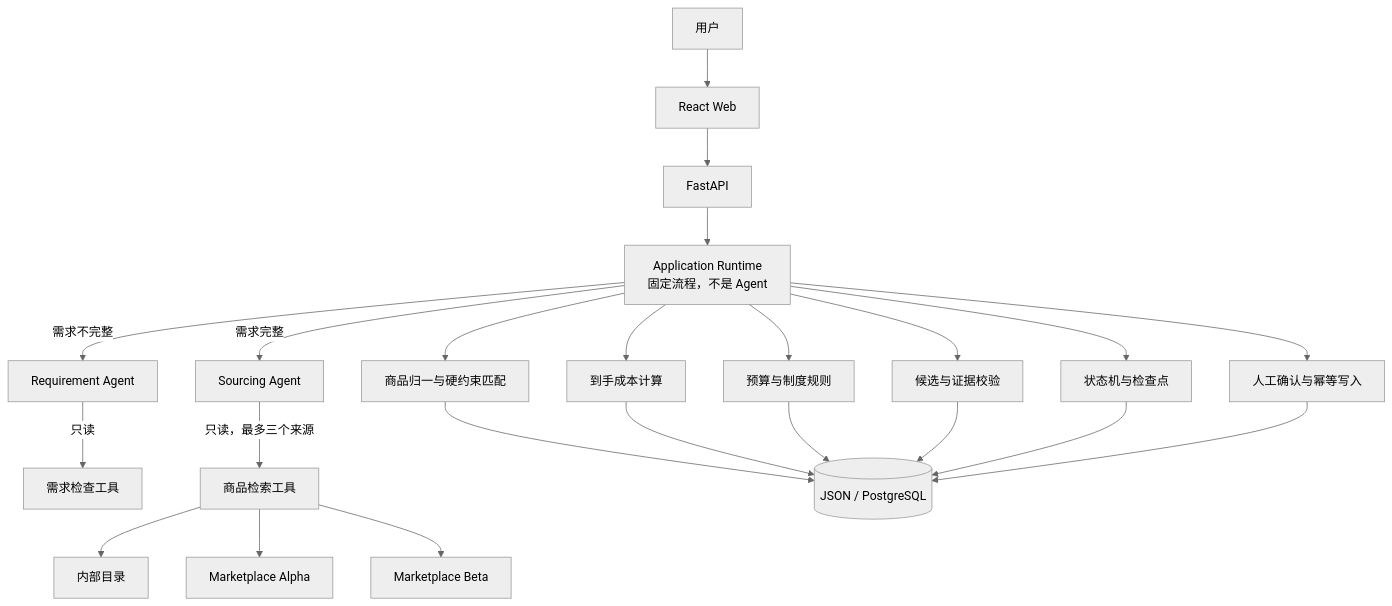
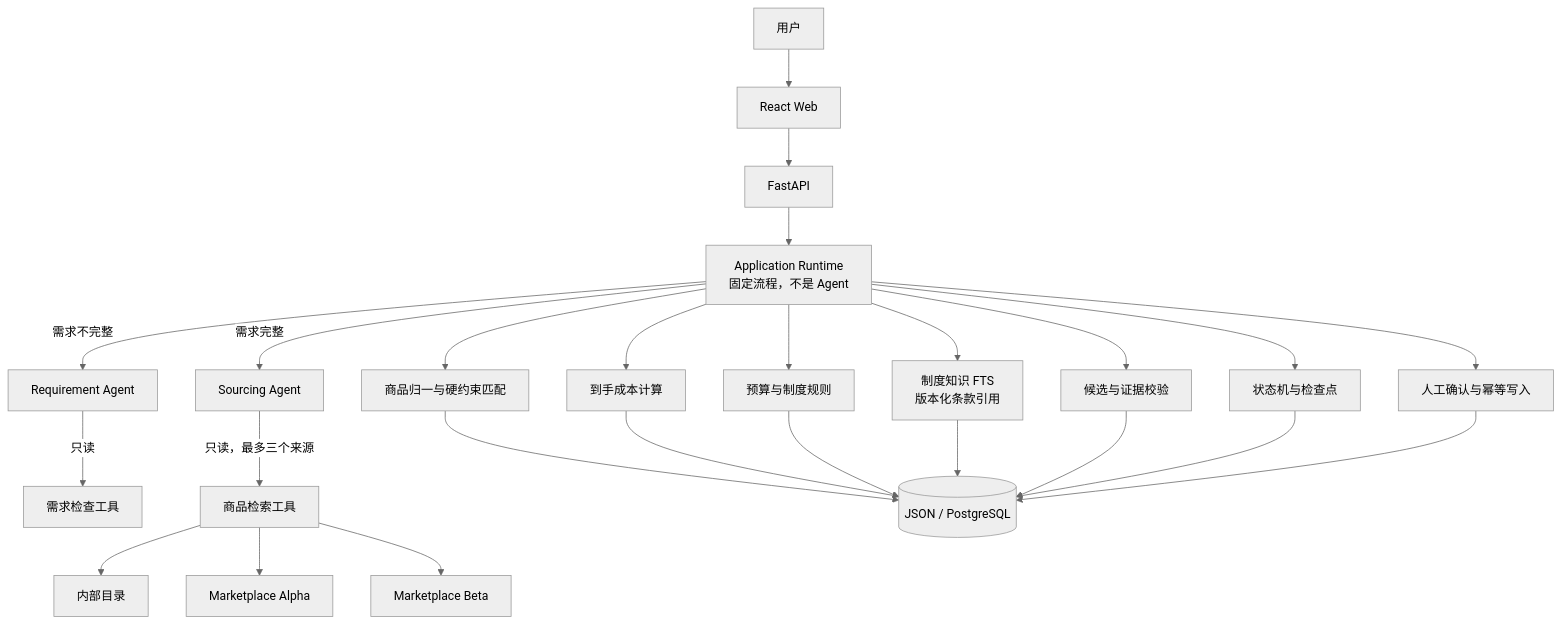
The first of 2 diagrams in docs/02-architecture.md (zxmEve/shopping-assistant), drawn with Mermaid (neutral theme) before and after one commit. The commit also changed other lines of this file and 44 other files, not shown here.

````diff
--- a/docs/02-architecture.md
+++ b/docs/02-architecture.md
@@ -35,30 +35,32 @@
 ```mermaid
 flowchart TB
     U[用户] --> UI[React Web]
     UI --> API[FastAPI]
     API --> RT[Application Runtime<br/>固定流程，不是 Agent]
 
     RT -->|需求不完整| RA[Requirement Agent]
     RT -->|需求完整| SA[Sourcing Agent]
 
     RA -->|只读| RI[需求检查工具]
     SA -->|只读，最多三个来源| CAT[商品检索工具]
 
     RT --> MATCH[商品归一与硬约束匹配]
     RT --> COST[到手成本计算]
     RT --> POLICY[预算与制度规则]
+    RT --> KB[制度知识 FTS<br/>版本化条款引用]
     RT --> EVIDENCE[候选与证据校验]
     RT --> STATE[状态机与检查点]
     RT --> HITL[人工确认与幂等写入]
 
     MATCH --> PG[(JSON / PostgreSQL)]
     COST --> PG
     POLICY --> PG
+    KB --> PG
     EVIDENCE --> PG
     STATE --> PG
     HITL --> PG
 
     CAT --> P1[内部目录]
     CAT --> P2[Marketplace Alpha]
     CAT --> P3[Marketplace Beta]
 ```
````
